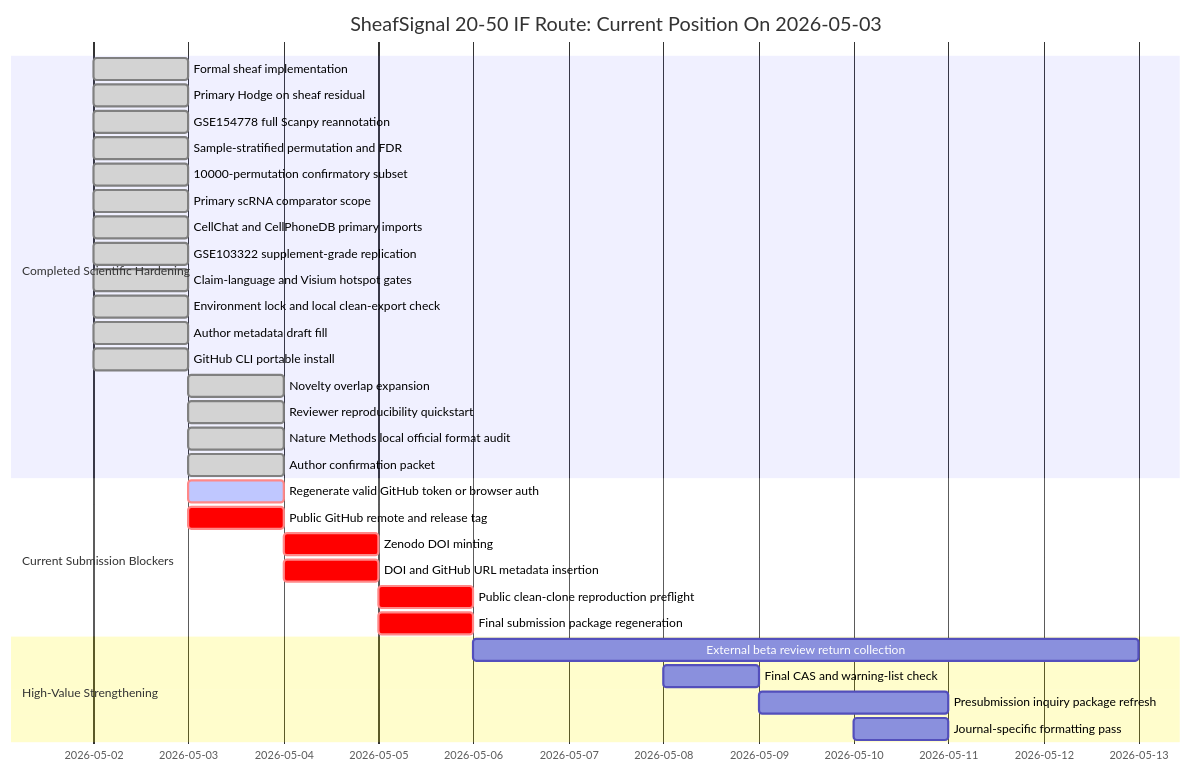
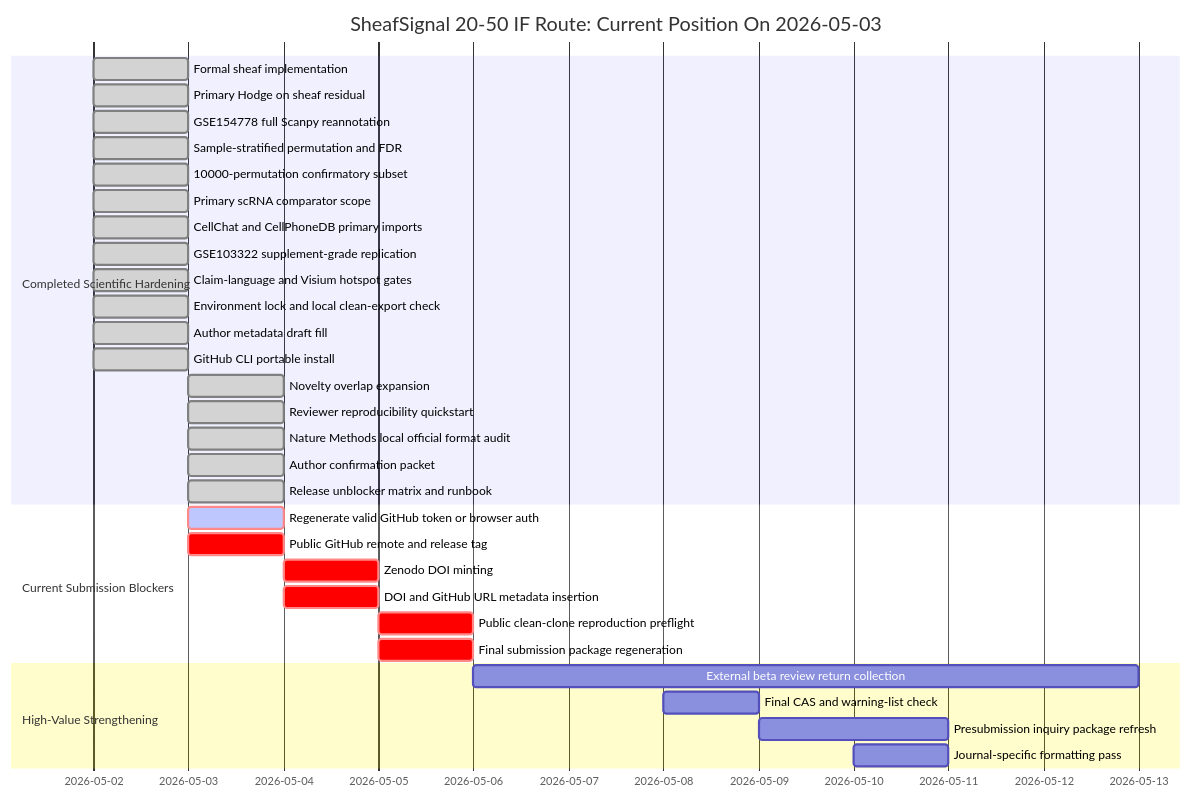
Before and after one commit to healthgreat/SheafSignal: the diagram in manuscript/SHEAFSIGNAL_STATUS_DASHBOARD_2026-05-03.md, drawn with Mermaid. The commit also changed other lines of this file and 5 other files, not shown here.

Commit message:
Add release unblocker runbook

````diff
--- a/manuscript/SHEAFSIGNAL_STATUS_DASHBOARD_2026-05-03.md
+++ b/manuscript/SHEAFSIGNAL_STATUS_DASHBOARD_2026-05-03.md
@@ -96,37 +100,38 @@
 ```mermaid
 gantt
     title SheafSignal 20-50 IF Route: Current Position On 2026-05-03
     dateFormat  YYYY-MM-DD
 
     section Completed Scientific Hardening
     Formal sheaf implementation                    :done, 2026-05-02, 1d
     Primary Hodge on sheaf residual                :done, 2026-05-02, 1d
     GSE154778 full Scanpy reannotation             :done, 2026-05-02, 1d
     Sample-stratified permutation and FDR          :done, 2026-05-02, 1d
     10000-permutation confirmatory subset          :done, 2026-05-02, 1d
     Primary scRNA comparator scope                 :done, 2026-05-02, 1d
     CellChat and CellPhoneDB primary imports       :done, 2026-05-02, 1d
     GSE103322 supplement-grade replication         :done, 2026-05-02, 1d
     Claim-language and Visium hotspot gates        :done, 2026-05-02, 1d
     Environment lock and local clean-export check  :done, 2026-05-02, 1d
     Author metadata draft fill                     :done, 2026-05-02, 1d
     GitHub CLI portable install                    :done, 2026-05-02, 1d
     Novelty overlap expansion                      :done, 2026-05-03, 1d
     Reviewer reproducibility quickstart            :done, 2026-05-03, 1d
     Nature Methods local official format audit     :done, 2026-05-03, 1d
     Author confirmation packet                     :done, 2026-05-03, 1d
+    Release unblocker matrix and runbook           :done, 2026-05-03, 1d
 
     section Current Submission Blockers
     Regenerate valid GitHub token or browser auth  :crit, active, 2026-05-03, 1d
     Public GitHub remote and release tag           :crit, 2026-05-03, 1d
     Zenodo DOI minting                             :crit, 2026-05-04, 1d
     DOI and GitHub URL metadata insertion          :crit, 2026-05-04, 1d
     Public clean-clone reproduction preflight      :crit, 2026-05-05, 1d
     Final submission package regeneration          :crit, 2026-05-05, 1d
 
     section High-Value Strengthening
     External beta review return collection         :2026-05-06, 7d
     Final CAS and warning-list check               :2026-05-08, 1d
     Presubmission inquiry package refresh          :2026-05-09, 2d
     Journal-specific formatting pass               :2026-05-10, 1d
 ```
````
